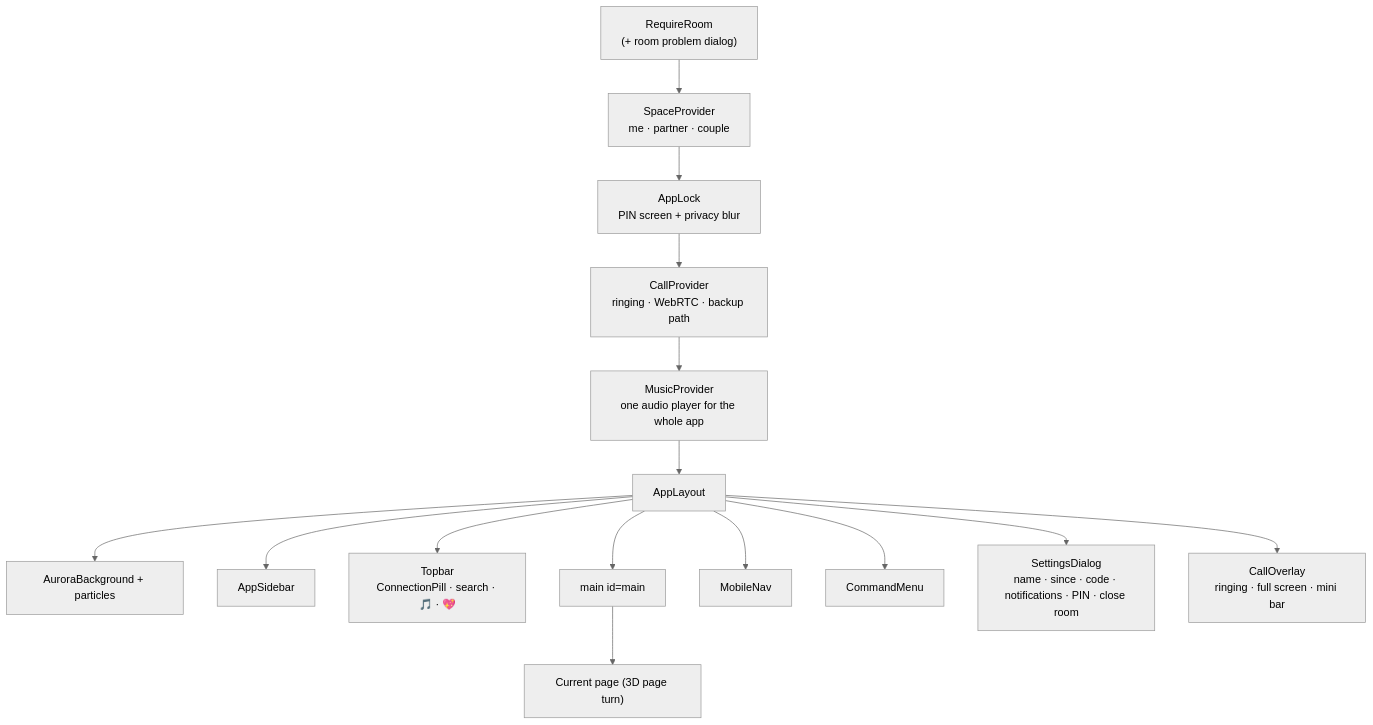
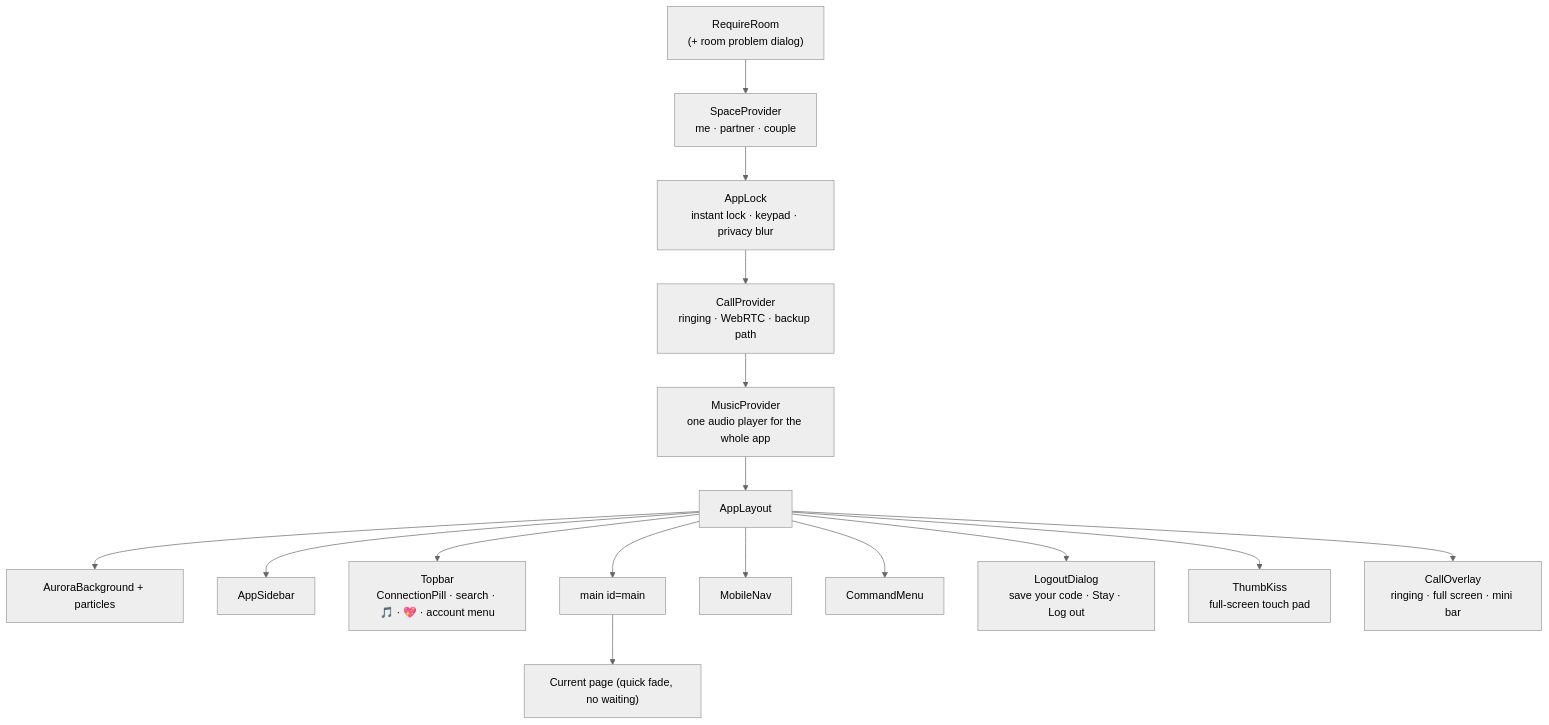
The tenth of 34 diagrams in front-end/doc/04-flowcharts.md (silent-coder-dev/private-space), drawn with Mermaid (neutral theme) before and after one commit. The commit also changed other lines of this file and 56 other files, not shown here.

````diff
--- a/front-end/doc/04-flowcharts.md
+++ b/front-end/doc/04-flowcharts.md
@@ -227,17 +234,18 @@
 ```mermaid
 flowchart TD
     RR["RequireRoom<br/>(+ room problem dialog)"] --> SP["SpaceProvider<br/>me · partner · couple"]
-    SP --> LK["AppLock<br/>PIN screen + privacy blur"]
+    SP --> LK["AppLock<br/>instant lock · keypad · privacy blur"]
     LK --> CP["CallProvider<br/>ringing · WebRTC · backup path"]
     CP --> MP["MusicProvider<br/>one audio player for the whole app"]
     MP --> AL["AppLayout"]
     AL --> AB["AuroraBackground + particles"]
     AL --> AS["AppSidebar"]
-    AL --> TB["Topbar<br/>ConnectionPill · search · 🎵 · 💖"]
+    AL --> TB["Topbar<br/>ConnectionPill · search · 🎵 · 💖 · account menu"]
     AL --> MAIN["main id=main"]
-    MAIN --> PAGE["Current page (3D page turn)"]
+    MAIN --> PAGE["Current page (quick fade, no waiting)"]
     AL --> MN["MobileNav"]
     AL --> CM["CommandMenu"]
-    AL --> SD["SettingsDialog<br/>name · since · code · notifications · PIN · close room"]
+    AL --> LD["LogoutDialog<br/>save your code · Stay · Log out"]
+    AL --> TK["ThumbKiss<br/>full-screen touch pad"]
     AL --> CO["CallOverlay<br/>ringing · full screen · mini bar"]
 ```
````
